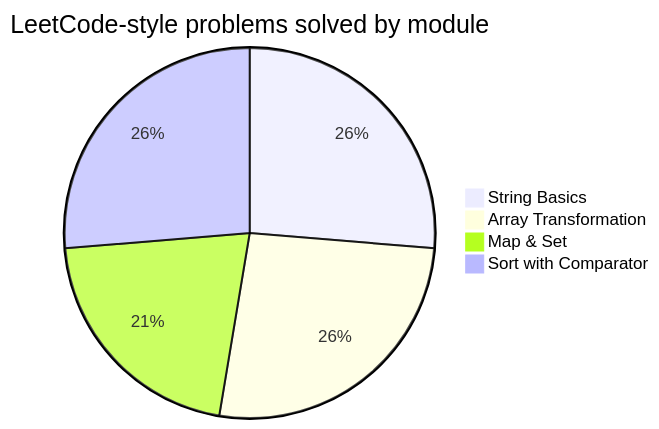
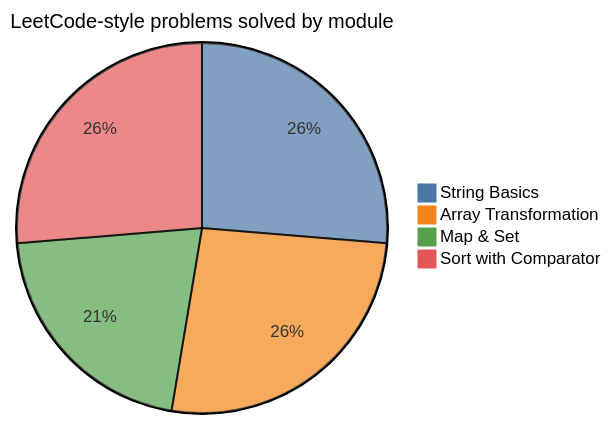
Before and after one commit to sshah1991/qa-sdet-ts-lab: the diagram in README.md, drawn with Mermaid. The commit also changed other lines of this file, not shown here.

````diff
--- a/README.md
+++ b/README.md
@@ -162,7 +182,8 @@
 ```mermaid
+%%{init: {'themeVariables': {'pie1': '#4C78A8', 'pie2': '#F58518', 'pie3': '#54A24B', 'pie4': '#E45756', 'pieTitleTextSize': '20px'}}}%%
 pie title LeetCode-style problems solved by module
     "String Basics" : 5
     "Array Transformation" : 5
     "Map & Set" : 4
     "Sort with Comparator" : 5
 ```
````
